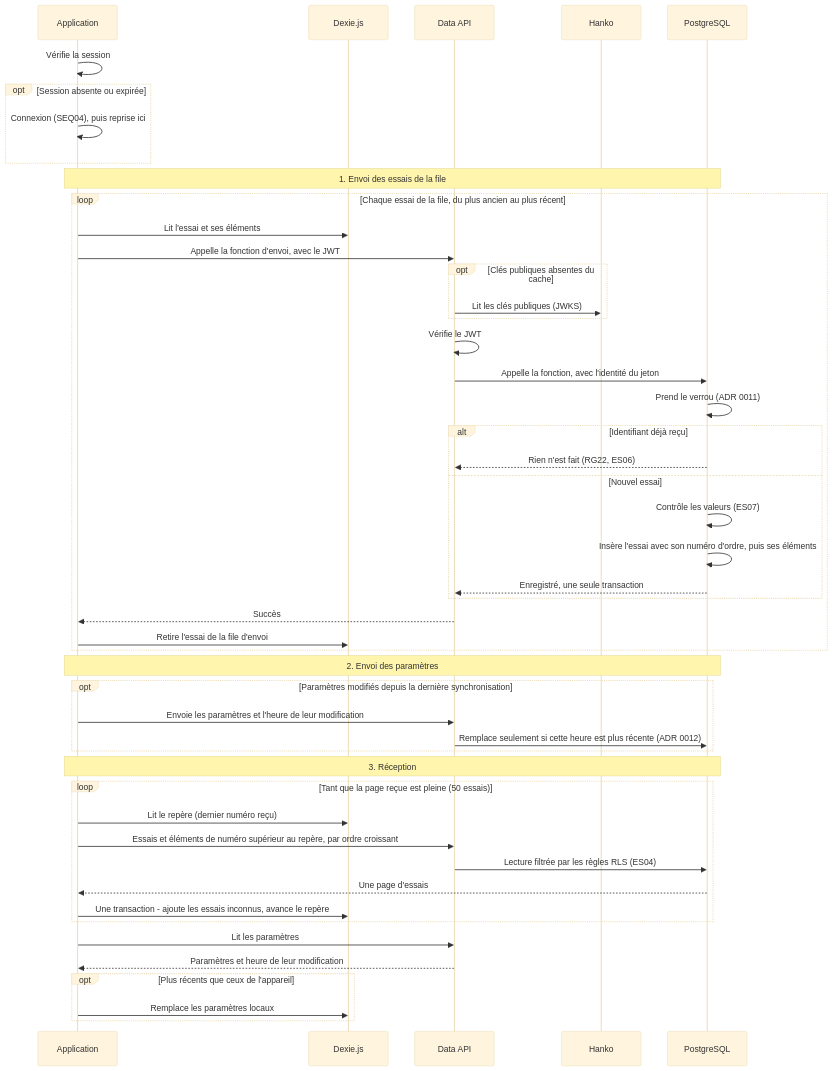
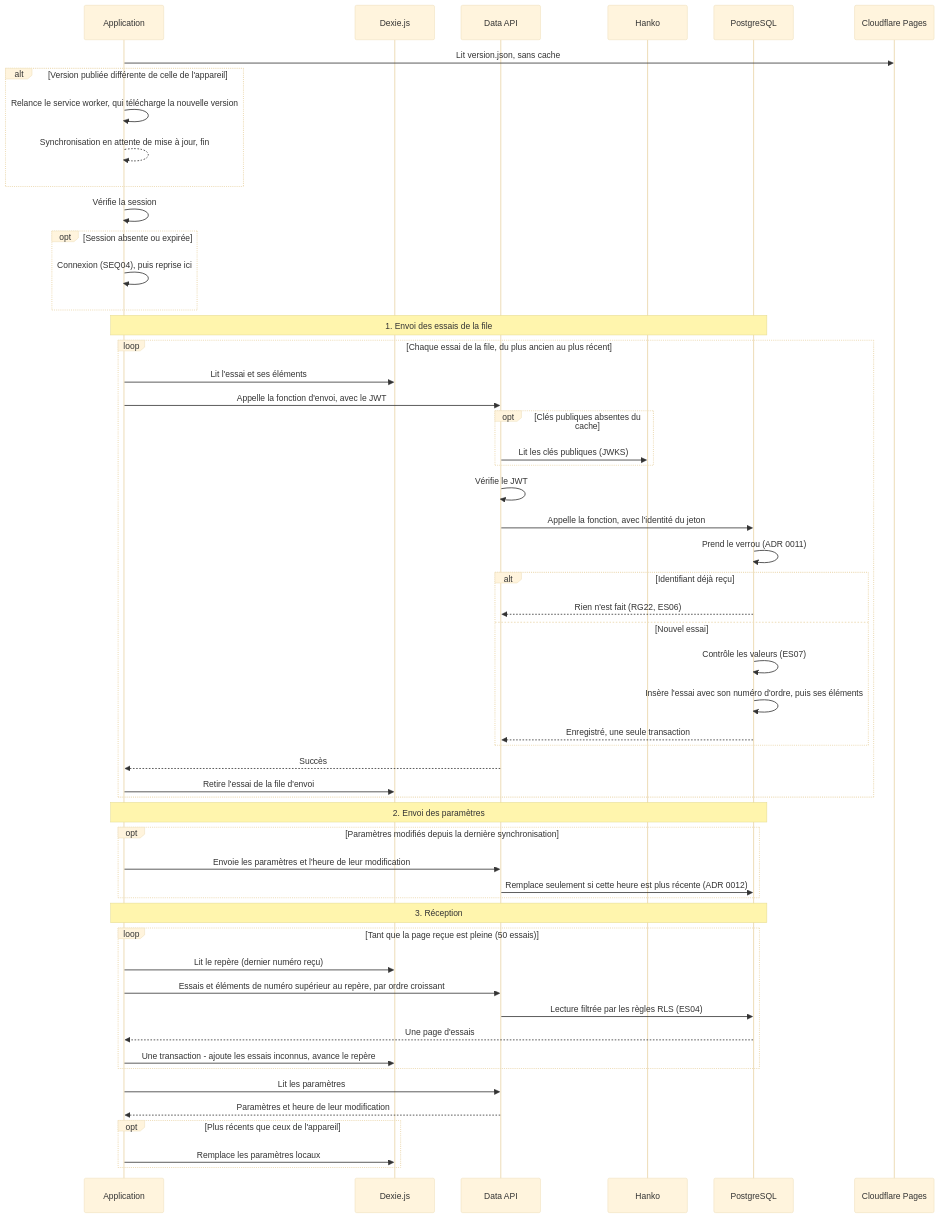
Before and after one commit to gabrielluthun/memory-trainer: the sixth of 8 diagrams in docs/04-specifications/uml/sequences.md, drawn with Mermaid (base theme). The commit also changed other lines of this file, not shown here.

Commit message:
docs(specs): check the published version before synchronising

````diff
--- a/docs/04-specifications/uml/sequences.md
+++ b/docs/04-specifications/uml/sequences.md
@@ -307,54 +308,61 @@
 ```mermaid
 sequenceDiagram
     participant A as Application
     participant L as Dexie.js
     participant API as Data API
     participant H as Hanko
     participant PG as PostgreSQL
+    participant CF as Cloudflare Pages
+
+    A->>CF: Lit version.json, sans cache
+    alt Version publiée différente de celle de l'appareil
+        A->>A: Relance le service worker, qui télécharge la nouvelle version
+        A-->>A: Synchronisation en attente de mise à jour, fin
+    end
 
     A->>A: Vérifie la session
     opt Session absente ou expirée
         A->>A: Connexion (SEQ04), puis reprise ici
     end
 
     Note over A,PG: 1. Envoi des essais de la file
     loop Chaque essai de la file, du plus ancien au plus récent
         A->>L: Lit l'essai et ses éléments
         A->>API: Appelle la fonction d'envoi, avec le JWT
         opt Clés publiques absentes du cache
             API->>H: Lit les clés publiques (JWKS)
         end
         API->>API: Vérifie le JWT
         API->>PG: Appelle la fonction, avec l'identité du jeton
         PG->>PG: Prend le verrou (ADR 0011)
         alt Identifiant déjà reçu
             PG-->>API: Rien n'est fait (RG22, ES06)
         else Nouvel essai
             PG->>PG: Contrôle les valeurs (ES07)
             PG->>PG: Insère l'essai avec son numéro d'ordre, puis ses éléments
             PG-->>API: Enregistré, une seule transaction
         end
         API-->>A: Succès
         A->>L: Retire l'essai de la file d'envoi
     end
 
     Note over A,PG: 2. Envoi des paramètres
     opt Paramètres modifiés depuis la dernière synchronisation
         A->>API: Envoie les paramètres et l'heure de leur modification
         API->>PG: Remplace seulement si cette heure est plus récente (ADR 0012)
     end
 
     Note over A,PG: 3. Réception
     loop Tant que la page reçue est pleine (50 essais)
         A->>L: Lit le repère (dernier numéro reçu)
         A->>API: Essais et éléments de numéro supérieur au repère, par ordre croissant
         API->>PG: Lecture filtrée par les règles RLS (ES04)
         PG-->>A: Une page d'essais
         A->>L: Une transaction - ajoute les essais inconnus, avance le repère
     end
     A->>API: Lit les paramètres
     API-->>A: Paramètres et heure de leur modification
     opt Plus récents que ceux de l'appareil
         A->>L: Remplace les paramètres locaux
     end
 ```
````
